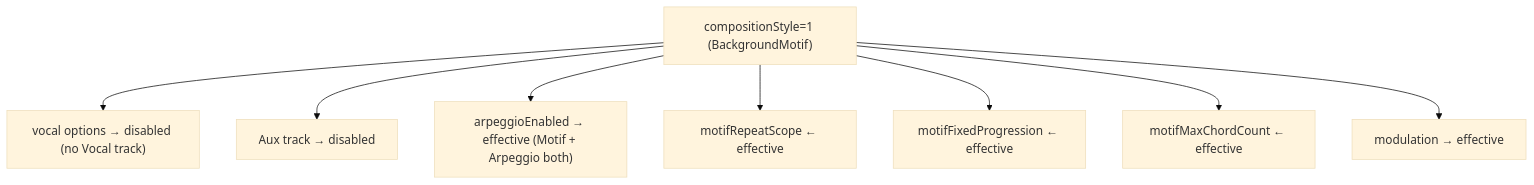
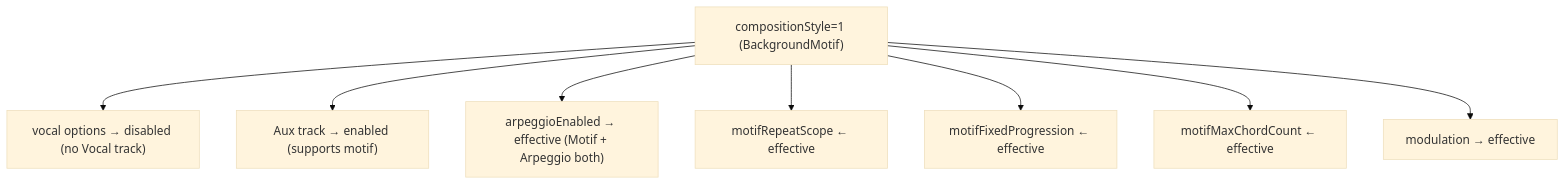
One commit to libraz/midi-sketch-homepage changed the tenth of 13 diagrams in src/docs/option-relationships.md. Above: the diagram before and after it, drawn with Mermaid (base theme). The commit also changed other lines of this file and 24 other files, not shown here.

````diff
--- a/src/docs/option-relationships.md
+++ b/src/docs/option-relationships.md
@@ -147,11 +190,11 @@
 ```mermaid
 graph TD
     BM["compositionStyle=1 (BackgroundMotif)"]
     BM --> BM1["vocal options → disabled (no Vocal track)"]
-    BM --> BM2["Aux track → disabled"]
+    BM --> BM2["Aux track → enabled (supports motif)"]
     BM --> BM3["arpeggioEnabled → effective (Motif + Arpeggio both)"]
     BM --> BM4["motifRepeatScope ← effective"]
     BM --> BM5["motifFixedProgression ← effective"]
     BM --> BM6["motifMaxChordCount ← effective"]
     BM --> BM7["modulation → effective"]
 ```
````
